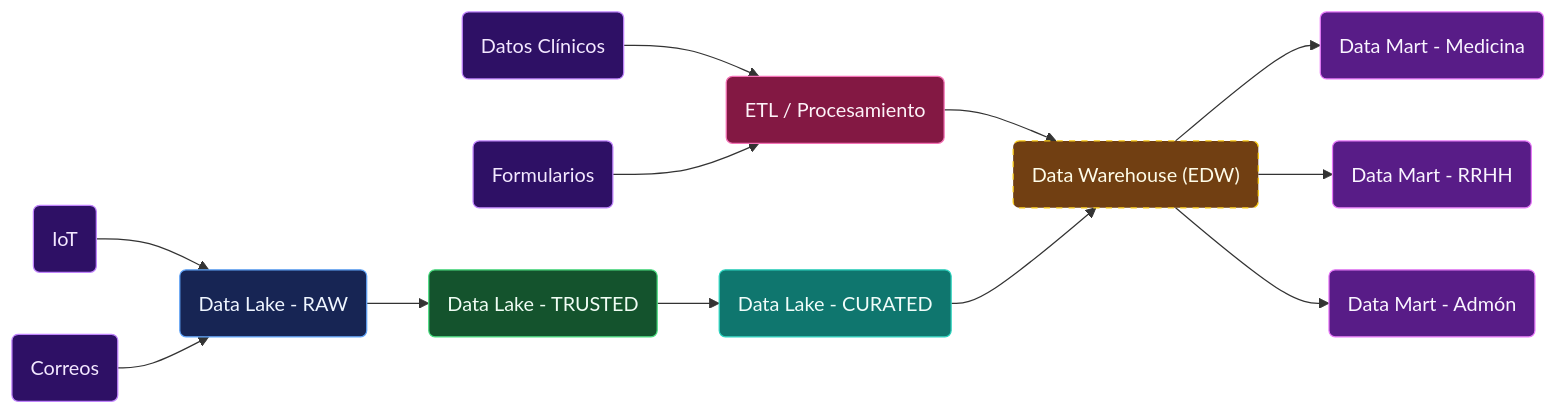
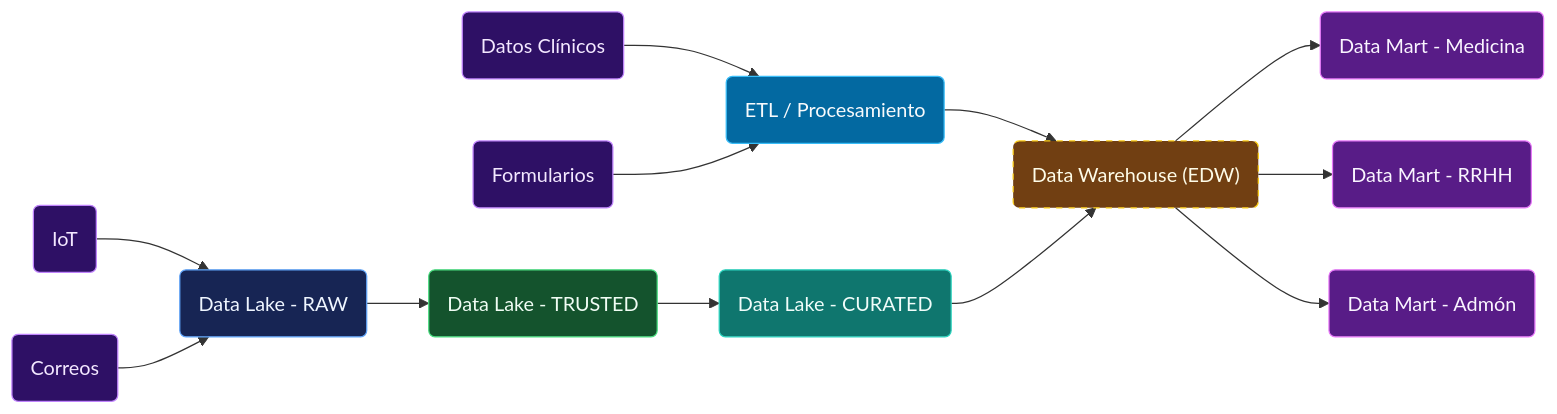
Before and after one commit to git-jrm/data-architecture-dimensional-modeling: the third of 7 diagrams in README.md, drawn with Mermaid.

Commit message:
Update 'proceso' class definition colors in README

````diff
--- a/README.md
+++ b/README.md
@@ -102,43 +102,43 @@
 ```mermaid
 graph LR;
     classDef fuente fill:#2e1065,stroke:#c084fc,stroke-width:1px,color:#f3e8ff;
-    classDef proceso fill:#831843,stroke:#f472b6,stroke-width:1px,color:#fdf2f8;
+    classDef proceso fill:#0369a1,stroke:#38bdf8,stroke-width:1px,color:#f8fafc;
     classDef raw fill:#172554,stroke:#60a5fa,stroke-width:1px,color:#eff6ff;
     classDef trusted fill:#14532d,stroke:#4ade80,stroke-width:1px,color:#f0fdf4;
     classDef curated fill:#0f766e,stroke:#2dd4bf,stroke-width:1px,color:#f0fdfa;
     classDef dw fill:#713f12,stroke:#facc15,stroke-width:1px,stroke-dasharray:5 5,color:#fefce8;
     classDef dm fill:#581c87,stroke:#e879f9,stroke-width:1px,color:#faf5ff;
 
     DatosClínicos("Datos Clínicos")
     Formularios("Formularios")
     IoT("IoT")
     Correos("Correos")
     ETL("ETL / Procesamiento")
     DataLake_RAW("Data Lake - RAW")
     DataLake_TRUSTED("Data Lake - TRUSTED")
     DataLake_CURATED("Data Lake - CURATED")
     DataWarehouse("Data Warehouse (EDW)")
     DataMart_Medicina("Data Mart - Medicina")
     DataMart_RRHH("Data Mart - RRHH")
     DataMart_Administracion("Data Mart - Admón")
 
     DatosClínicos --> ETL
     Formularios --> ETL
     IoT --> DataLake_RAW
     Correos --> DataLake_RAW
     DataLake_RAW --> DataLake_TRUSTED
     DataLake_TRUSTED --> DataLake_CURATED
     ETL --> DataWarehouse
     DataLake_CURATED --> DataWarehouse
     DataWarehouse --> DataMart_Medicina
     DataWarehouse --> DataMart_RRHH
     DataWarehouse --> DataMart_Administracion
 
     class DatosClínicos,Formularios,IoT,Correos fuente;
     class ETL proceso;
     class DataLake_RAW raw;
     class DataLake_TRUSTED trusted;
     class DataLake_CURATED curated;
     class DataWarehouse dw;
     class DataMart_Medicina,DataMart_RRHH,DataMart_Administracion dm;
 ```
````
